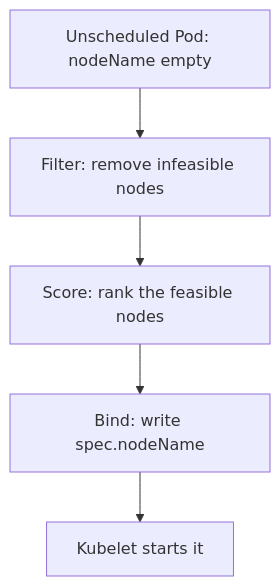
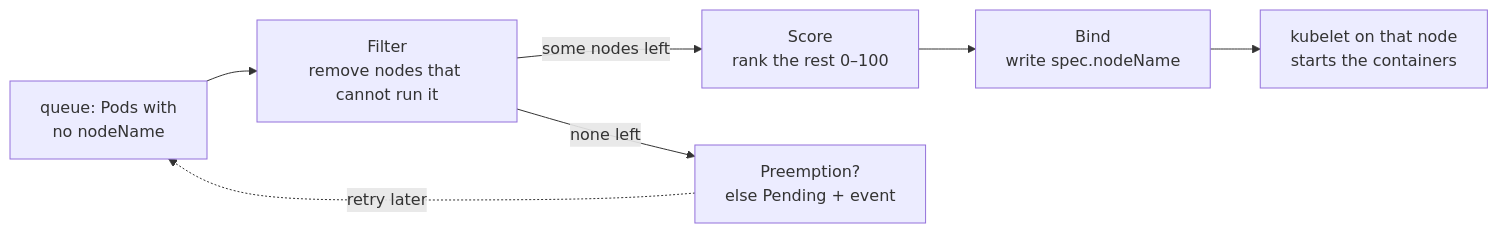
One commit to darshan-raul/apollo11-docs changed the diagram in docs/learn/reliability/scheduling.md. Above: the diagram before and after it, drawn with Mermaid. The commit also changed other lines of this file and 7 other files, not shown here.

````diff
--- a/docs/learn/reliability/scheduling.md
+++ b/docs/learn/reliability/scheduling.md
@@ -20,7 +18,9 @@
 ```mermaid
-flowchart TD
-  U[Unscheduled Pod: nodeName empty] --> F[Filter: remove infeasible nodes]
-  F --> S[Score: rank the feasible nodes]
-  S --> B[Bind: write spec.nodeName]
-  B --> K[Kubelet starts it]
+flowchart LR
+  Q["queue: Pods with<br/>no nodeName"] --> F["Filter<br/>remove nodes that cannot run it"]
+  F -->|"some nodes left"| S["Score<br/>rank the rest 0–100"]
+  S --> B["Bind<br/>write spec.nodeName"]
+  B --> K["kubelet on that node<br/>starts the containers"]
+  F -->|"none left"| P["Preemption?<br/>else Pending + event"]
+  P -.->|"retry later"| Q
 ```
````
